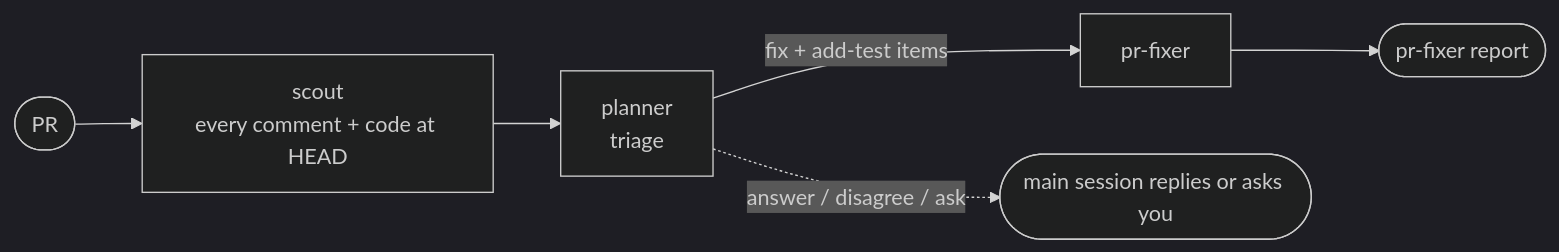
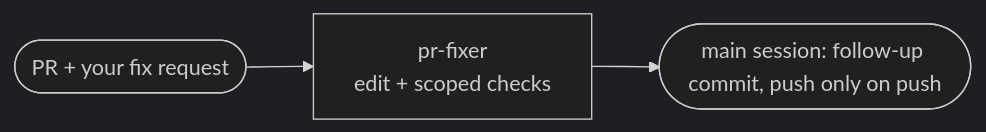
The fourth of 4 diagrams in README.md (abyigiter/agent-config), drawn with Mermaid (dark theme) before and after one commit. The commit also changed other lines of this file and 6 other files, not shown here.

````diff
--- a/README.md
+++ b/README.md
@@ -183,8 +183,5 @@
 ```mermaid
 flowchart LR
-    R([PR]) --> S["scout<br/>every comment + code at HEAD"]
-    S --> P["planner<br/>triage"]
-    P -- "fix + add-test items" --> F["pr-fixer"]
-    P -. "answer / disagree / ask" .-> M(["main session replies or asks you"])
-    F --> O(["pr-fixer report"])
+    U(["PR + your fix request"]) --> F["pr-fixer<br/>edit + scoped checks"]
+    F --> C(["main session: follow-up commit, push only on push"])
 ```
````
